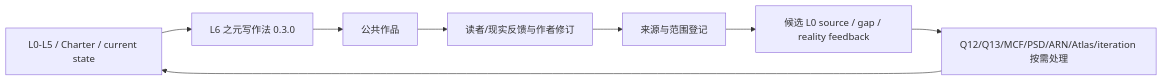
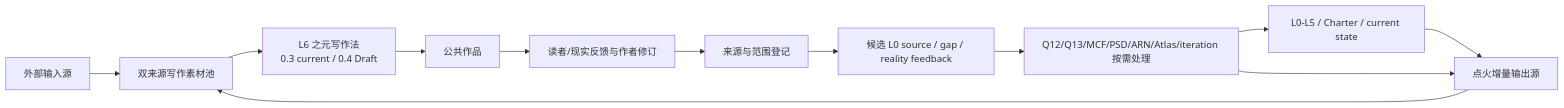
One commit to Arvin-liu/when-systems-catch-fire changed the third of 9 diagrams in ARCHITECTURE.md. Above: the diagram before and after it, drawn with Mermaid. The commit also changed other lines of this file and 22 other files, not shown here.

````diff
--- a/ARCHITECTURE.md
+++ b/ARCHITECTURE.md
@@ -40,10 +40,14 @@
 ```mermaid
 flowchart LR
-  SRC[L0-L5 / Charter / current state] --> ZW[L6 之元写作法 0.3.0]
+  EXT[外部输入源] --> POOL[双来源写作素材池]
+  INC[点火增量输出源] --> POOL
+  SRC[L0-L5 / Charter / current state] --> INC
+  POOL --> ZW[L6 之元写作法<br/>0.3 current / 0.4 Draft]
   ZW --> WORK[公共作品]
   WORK --> RESP[读者/现实反馈与作者修订]
   RESP --> PROV[来源与范围登记]
   PROV --> CAND[候选 L0 source / gap / reality feedback]
   CAND --> OPS[Q12/Q13/MCF/PSD/ARN/Atlas/iteration 按需处理]
   OPS --> SRC
+  OPS --> INC
 ```
````
